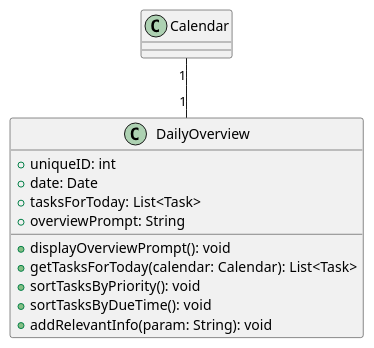
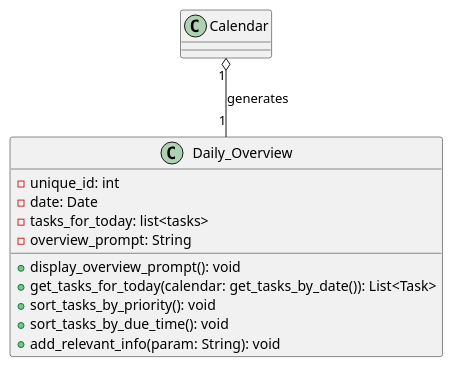
One commit to CS361-2024Fall-Term/Innovators changed the diagram in assignment6/daily_overview.puml. Above: the diagram before and after it, drawn with PlantUML.

```diff
--- a/assignment6/daily_overview.puml
+++ b/assignment6/daily_overview.puml
@@ -1,18 +1,18 @@
 @startuml
 
-class DailyOverview {
-    +uniqueID: int
-    +date: Date
-    +tasksForToday: List<Task>
-    +overviewPrompt: String
+class Daily_Overview {
+    -unique_id: int
+    -date: Date
+    -tasks_for_today: list<tasks>
+    -overview_prompt: String
 
-    +displayOverviewPrompt(): void
-    +getTasksForToday(calendar: Calendar): List<Task>
-    +sortTasksByPriority(): void
-    +sortTasksByDueTime(): void
-    +addRelevantInfo(param: String): void
+    +display_overview_prompt(): void
+    +get_tasks_for_today(calendar: get_tasks_by_date()): List<Task>
+    +sort_tasks_by_priority(): void
+    +sort_tasks_by_due_time(): void
+    +add_relevant_info(param: String): void
 }
 
-Calendar "1" -- "1" DailyOverview
+Calendar "1" o-- "1" Daily_Overview : "generates"
 
 @enduml
```
